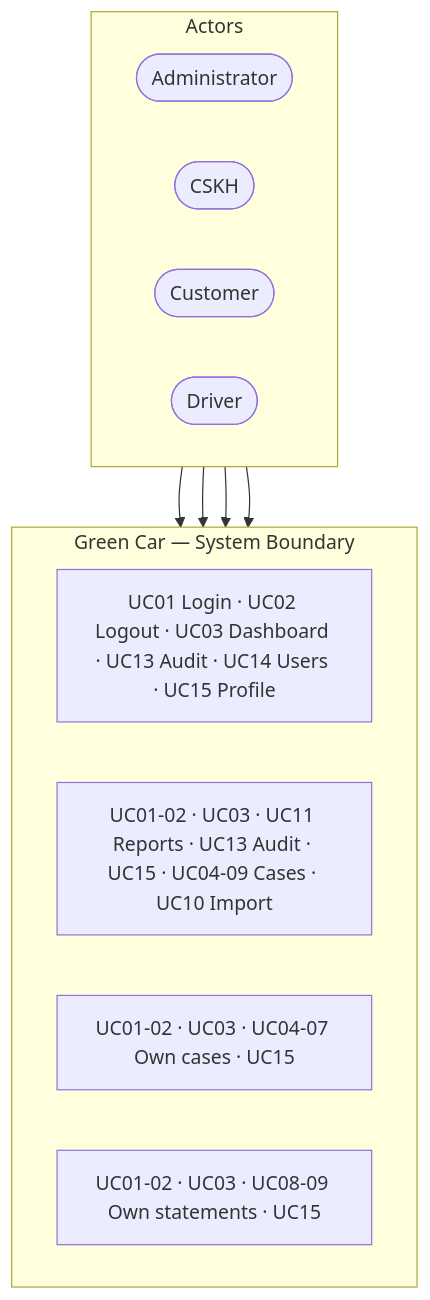
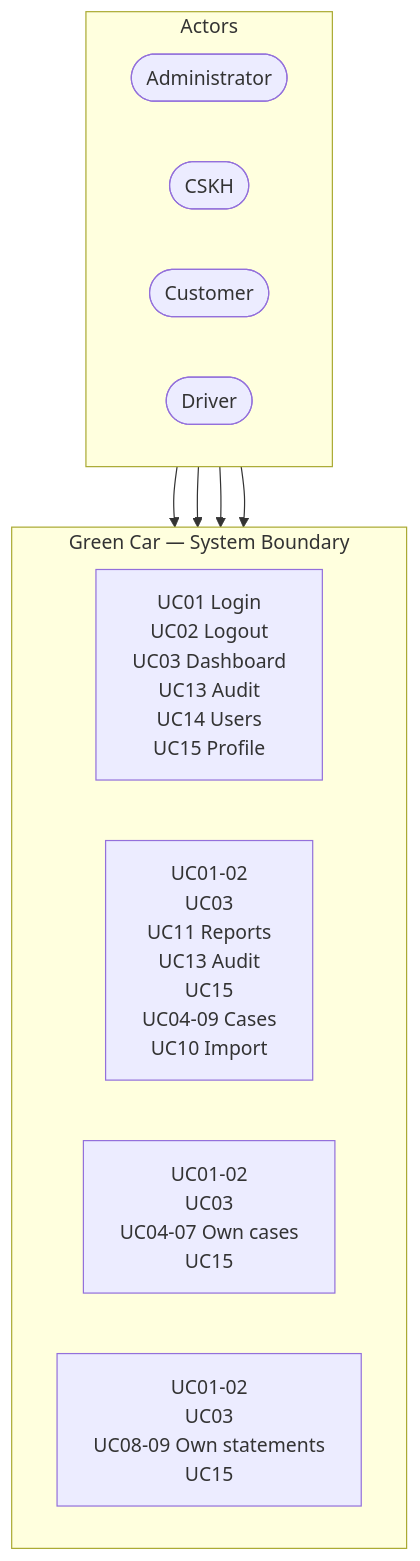
One commit to SpoopyTuan/Green-Car changed the first of 6 diagrams in README.md. Above: the diagram before and after it, drawn with Mermaid.

Commit message:
update: minor diagram adjustments

````diff
--- a/README.md
+++ b/README.md
@@ -38,23 +38,23 @@
 ```mermaid
 flowchart TB
     subgraph roles["Actors"]
         direction LR
         admin(["Administrator"])
         cskh(["CSKH"])
         customer(["Customer"])
         driver(["Driver"])
     end
 
     subgraph system["Green Car — System Boundary"]
         direction LR
-        adminCases["UC01 Login · UC02 Logout · UC03 Dashboard · UC13 Audit · UC14 Users · UC15 Profile"]
-        cskhCases["UC01-02 · UC03 · UC11 Reports · UC13 Audit · UC15 · UC04-09 Cases · UC10 Import"]
-        customerCases["UC01-02 · UC03 · UC04-07 Own cases · UC15"]
-        driverCases["UC01-02 · UC03 · UC08-09 Own statements · UC15"]
+        adminCases["UC01 Login<br/>UC02 Logout<br/>UC03 Dashboard<br/>UC13 Audit<br/>UC14 Users<br/>UC15 Profile"]
+        cskhCases["UC01-02<br/>UC03<br/>UC11 Reports<br/>UC13 Audit<br/>UC15<br/>UC04-09 Cases<br/>UC10 Import"]
+        customerCases["UC01-02<br/>UC03<br/>UC04-07 Own cases<br/>UC15"]
+        driverCases["UC01-02<br/>UC03<br/>UC08-09 Own statements<br/>UC15"]
     end
 
     admin --> adminCases
     cskh --> cskhCases
     customer --> customerCases
     driver --> driverCases
 ```
````
